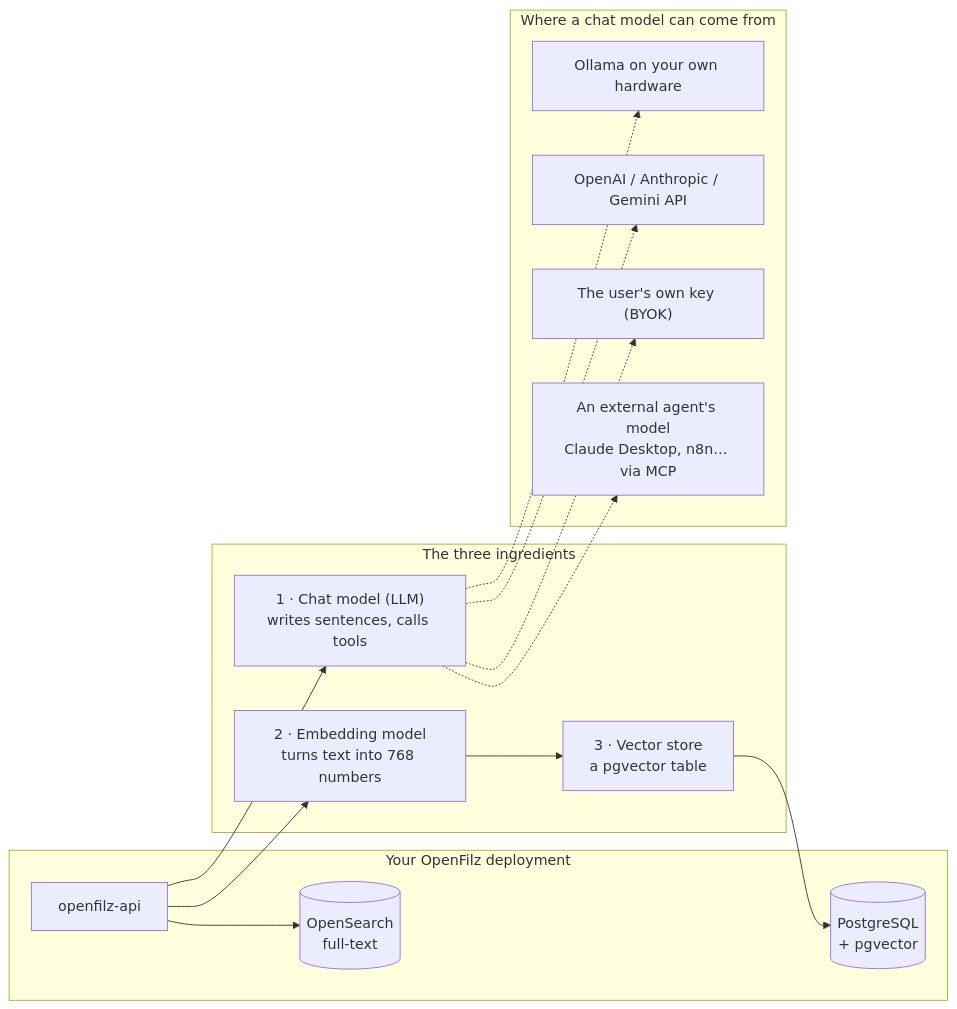
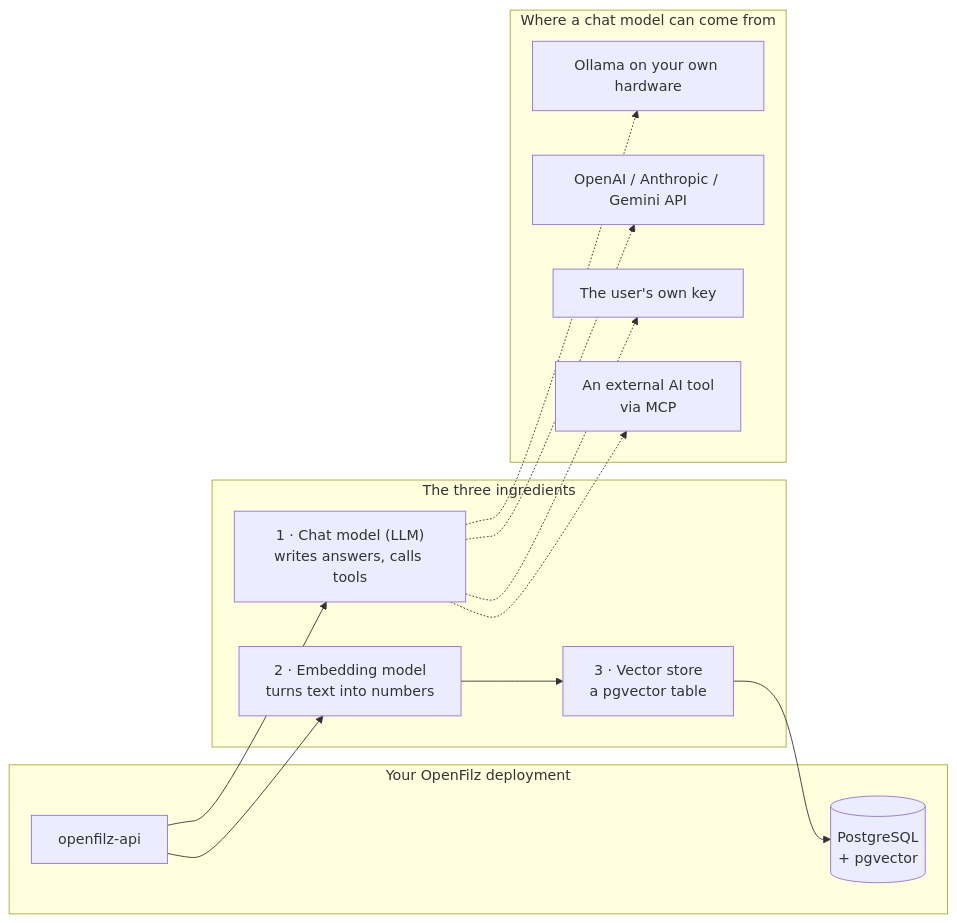
Before and after one commit to openfilz/openfilz-core: the first of 2 diagrams in docs/ai-overview.md, drawn with Mermaid. The commit also changed other lines of this file and 6 other files, not shown here.

````diff
--- a/docs/ai-overview.md
+++ b/docs/ai-overview.md
@@ -73,29 +44,27 @@
 ```mermaid
 flowchart LR
     subgraph Deployment["Your OpenFilz deployment"]
         API["openfilz-api"]
         PG[("PostgreSQL<br/>+ pgvector")]
-        OS[("OpenSearch<br/>full-text")]
     end
 
     subgraph Ingredients["The three ingredients"]
-        CHAT["1 · Chat model (LLM)<br/>writes sentences, calls tools"]
-        EMB["2 · Embedding model<br/>turns text into 768 numbers"]
+        CHAT["1 · Chat model (LLM)<br/>writes answers, calls tools"]
+        EMB["2 · Embedding model<br/>turns text into numbers"]
         VEC["3 · Vector store<br/>a pgvector table"]
     end
 
     subgraph Sources["Where a chat model can come from"]
         OLL["Ollama on your own hardware"]
         CLOUD["OpenAI / Anthropic / Gemini API"]
-        BYOK["The user's own key (BYOK)"]
-        AGENT["An external agent's model<br/>Claude Desktop, n8n… via MCP"]
+        BYOK["The user's own key"]
+        AGENT["An external AI tool<br/>via MCP"]
     end
 
     API --> CHAT
     API --> EMB --> VEC --> PG
-    API --> OS
     CHAT -.-> OLL
     CHAT -.-> CLOUD
     CHAT -.-> BYOK
     CHAT -.-> AGENT
 ```
````
